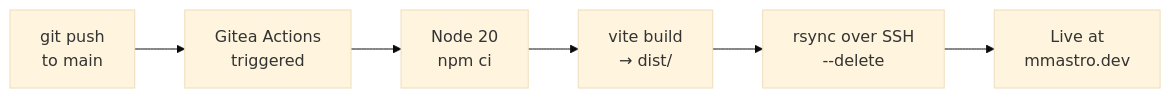
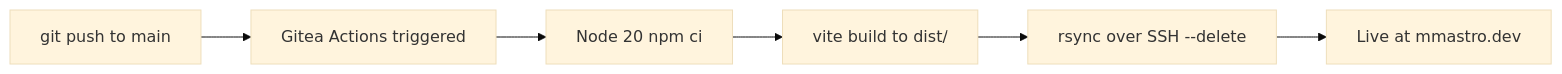
The first of 2 diagrams in README.md (MMastro-Dev/website), drawn with Mermaid (base theme) before and after one commit. The commit also changed other lines of this file, not shown here.

Commit message:
distanced badges and fixed mermaidflowcharts on README.md

````diff
--- a/README.md
+++ b/README.md
@@ -61,8 +61,8 @@
 ```mermaid
 flowchart LR
-    A[git push\nto main] --> B[Gitea Actions\ntriggered]
-    B --> C[Node 20\nnpm ci]
-    C --> D[vite build\n→ dist/]
-    D --> E[rsync over SSH\n--delete]
-    E --> F[Live at\nmmastro.dev]
+    A[git push to main] --> B[Gitea Actions triggered]
+    B --> C[Node 20 npm ci]
+    C --> D[vite build to dist/]
+    D --> E[rsync over SSH --delete]
+    E --> F[Live at mmastro.dev]
 ```
````
